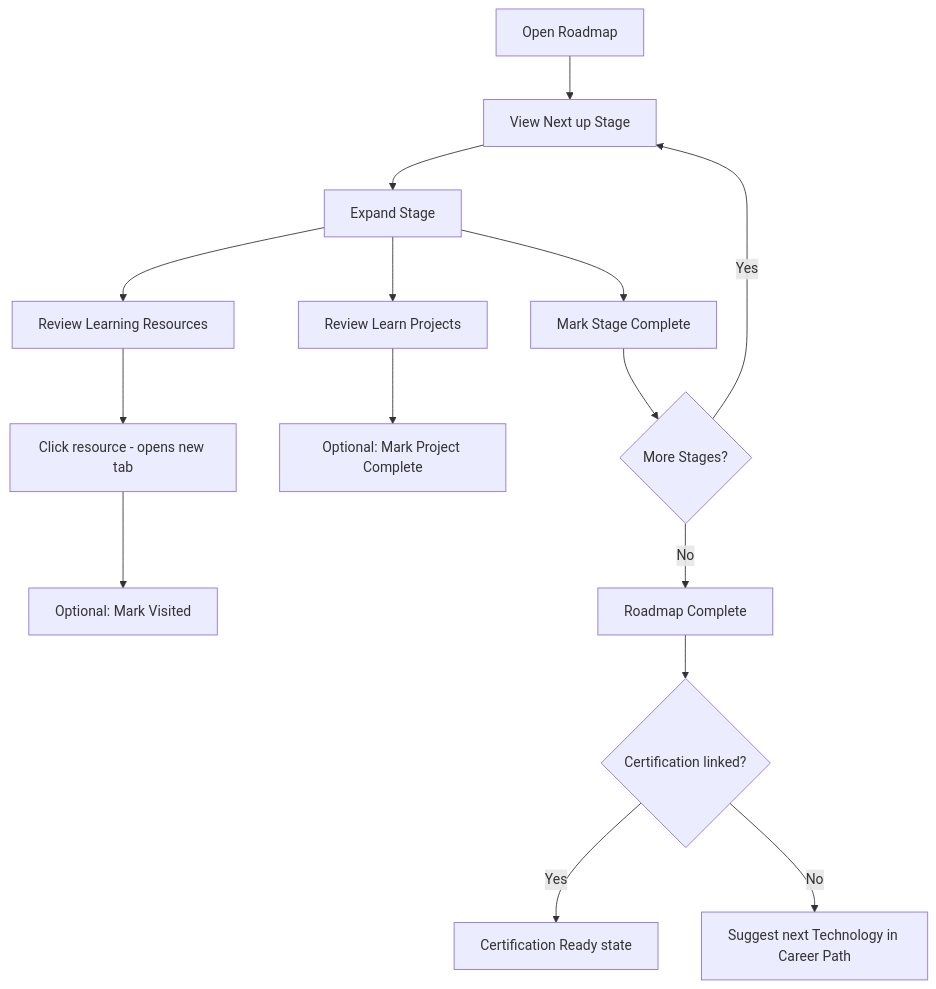
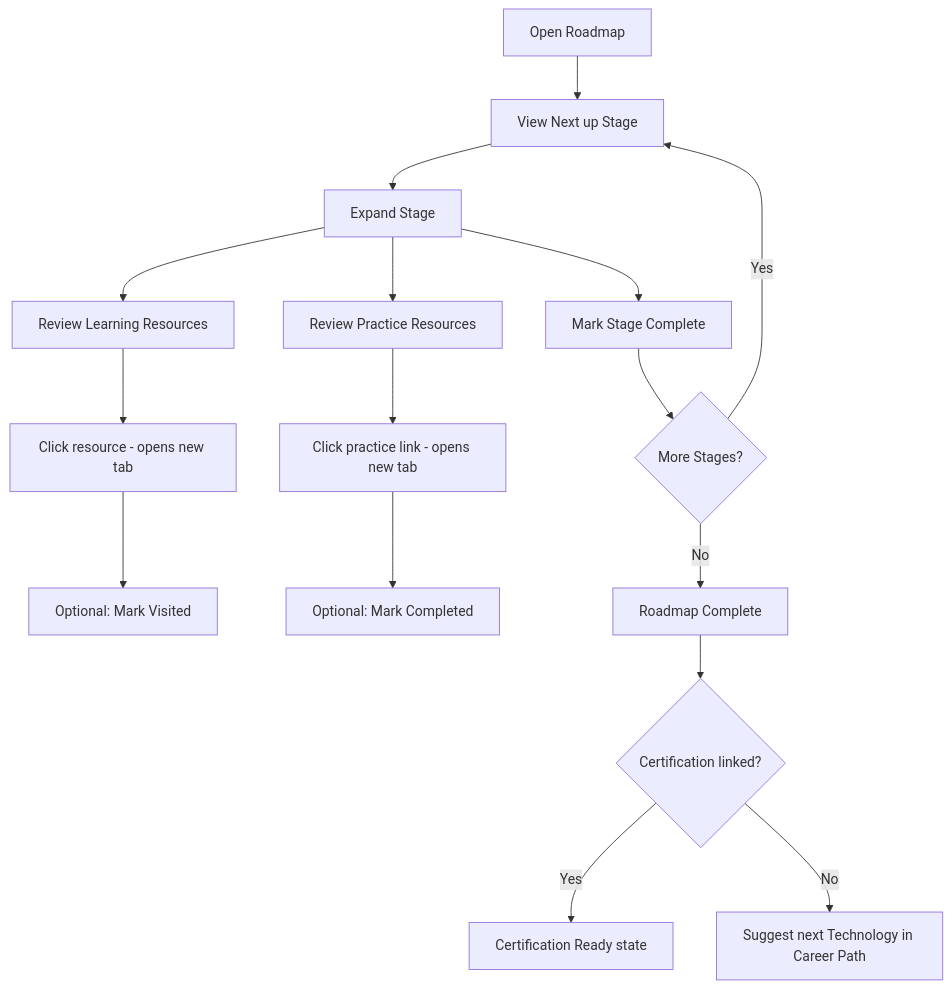
Before and after one commit to Kamaleshwarr/Infras-Learnhub: the second of 5 diagrams in docs/v0.8.0/04-user-flows.md, drawn with Mermaid. The commit also changed other lines of this file and 8 other files, not shown here.

First line of the commit message:
docs(v0.8.0): separate Learn from Projects module (design v1.1)

````diff
--- a/docs/v0.8.0/04-user-flows.md
+++ b/docs/v0.8.0/04-user-flows.md
@@ -109,17 +82,18 @@
 ```mermaid
 flowchart TD
     A[Open Roadmap] --> B[View Next up Stage]
     B --> C[Expand Stage]
     C --> D[Review Learning Resources]
     D --> E[Click resource - opens new tab]
     E --> F[Optional: Mark Visited]
-    C --> G[Review Learn Projects]
-    G --> H[Optional: Mark Project Complete]
-    C --> I[Mark Stage Complete]
-    I --> J{More Stages?}
-    J -->|Yes| B
-    J -->|No| K[Roadmap Complete]
-    K --> L{Certification linked?}
-    L -->|Yes| M[Certification Ready state]
-    L -->|No| N[Suggest next Technology in Career Path]
+    C --> G[Review Practice Resources]
+    G --> H[Click practice link - opens new tab]
+    H --> I[Optional: Mark Completed]
+    C --> J[Mark Stage Complete]
+    J --> K{More Stages?}
+    K -->|Yes| B
+    K -->|No| L[Roadmap Complete]
+    L --> M{Certification linked?}
+    M -->|Yes| N[Certification Ready state]
+    M -->|No| O[Suggest next Technology in Career Path]
 ```
````
